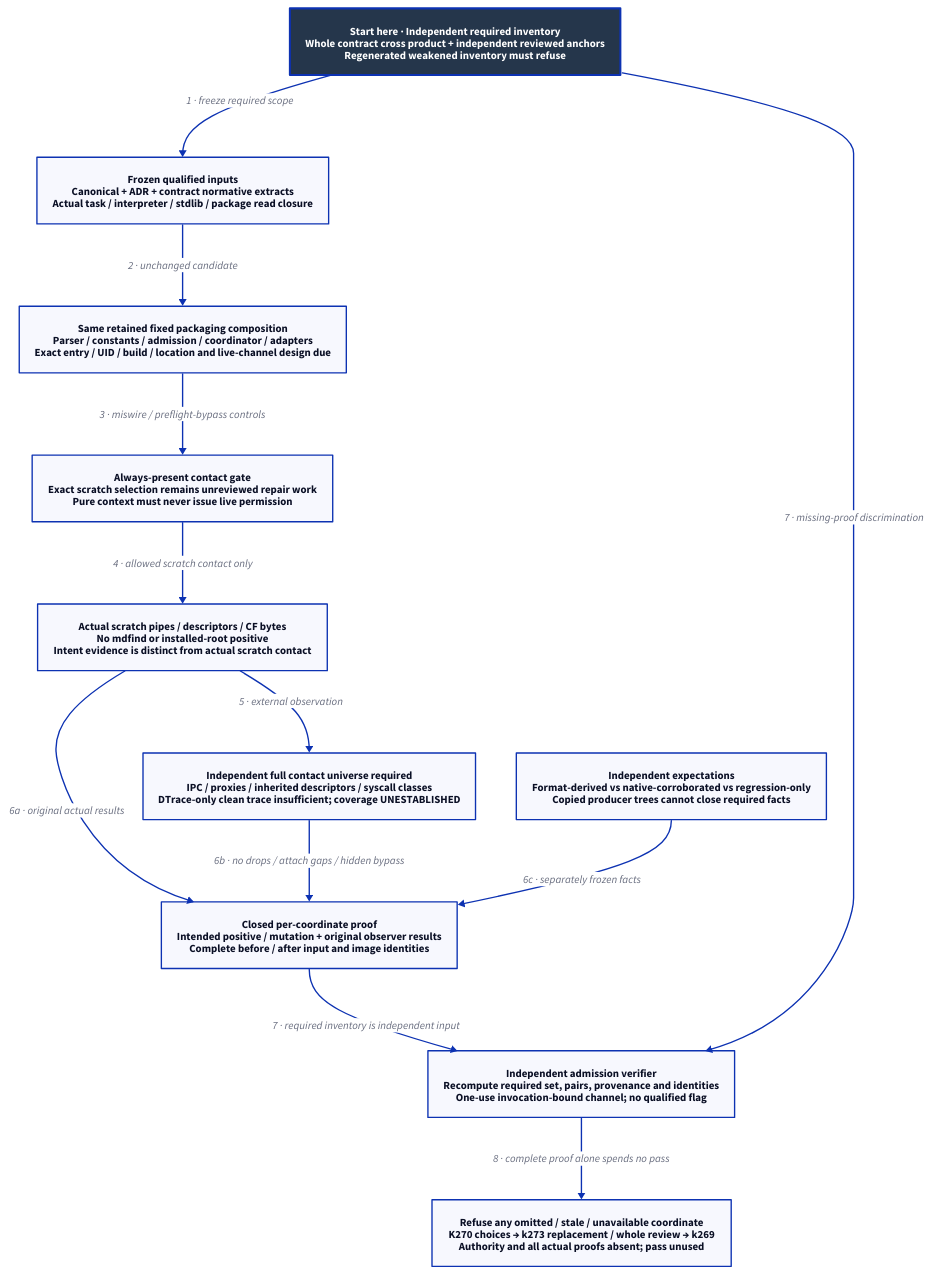
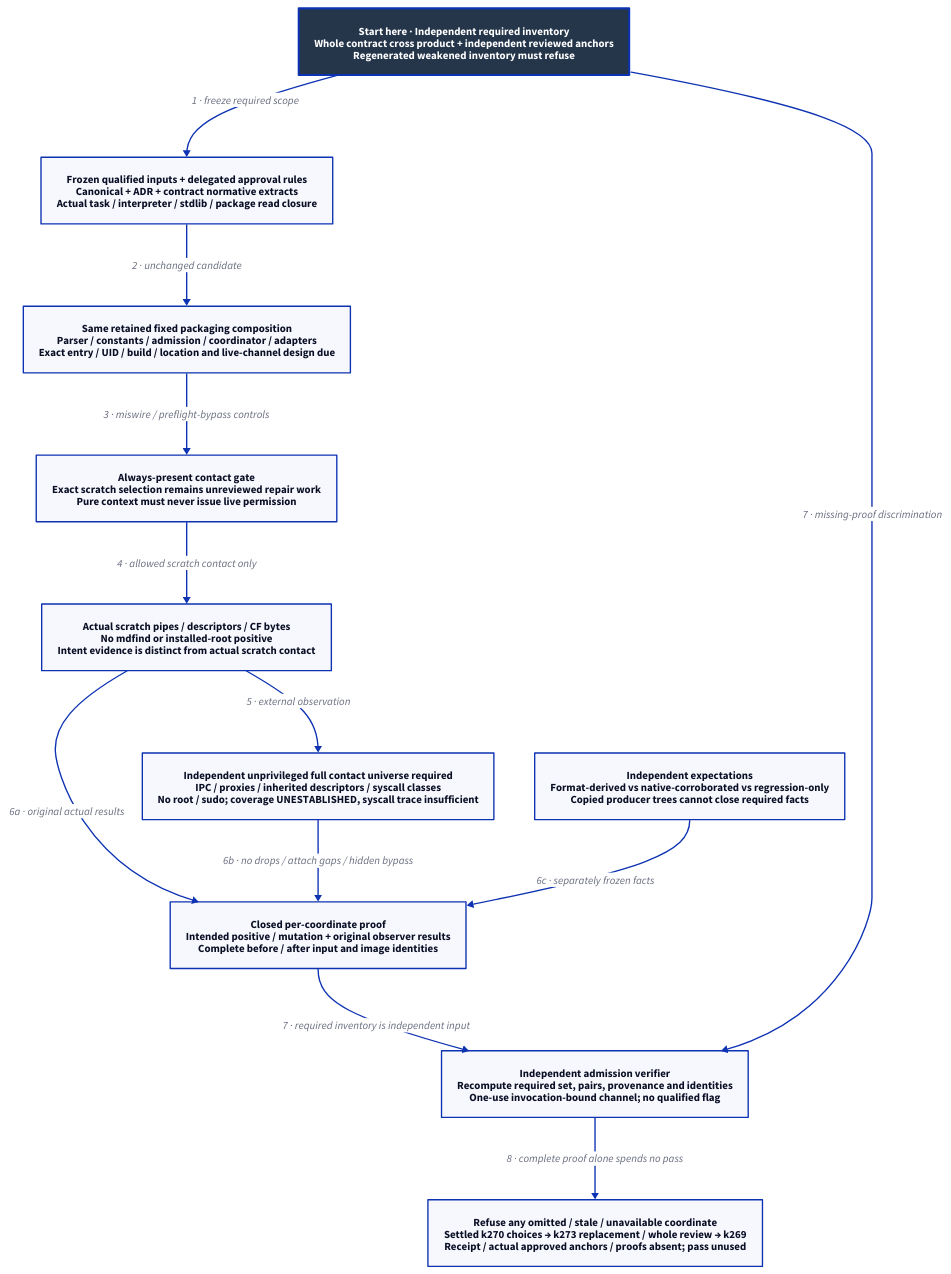
The diagram in docs/design/architecture/native-reference-proof.d2 (Linkuistics/Koine), drawn with D2 before and after one commit. The commit also changed 22 other files, not shown here.

Commit message:
Settle delegated evidence authority (reference-evidence-authority-k270)

```diff
--- a/docs/design/architecture/native-reference-proof.d2
+++ b/docs/design/architecture/native-reference-proof.d2
@@ -1,26 +1,26 @@
 # Component/flow view of unimplemented qualification, no native or target evidence.
 direction: down
 classes: {
   start: {style: {fill: "#25364B"; font-color: "#FFFFFF"; bold: true; stroke-width: 3}}
 }
 Start: "Start here · Independent required inventory\nWhole contract cross product + independent reviewed anchors\nRegenerated weakened inventory must refuse" {class: start}
-Inputs: "Frozen qualified inputs\nCanonical + ADR + contract normative extracts\nActual task / interpreter / stdlib / package read closure"
+Inputs: "Frozen qualified inputs + delegated approval rules\nCanonical + ADR + contract normative extracts\nActual task / interpreter / stdlib / package read closure"
 Rehearse: "Same retained fixed packaging composition\nParser / constants / admission / coordinator / adapters\nExact entry / UID / build / location and live-channel design due"
 Gate: "Always-present contact gate\nExact scratch selection remains unreviewed repair work\nPure context must never issue live permission"
 Scratch: "Actual scratch pipes / descriptors / CF bytes\nNo mdfind or installed-root positive\nIntent evidence is distinct from actual scratch contact"
-Observer: "Independent full contact universe required\nIPC / proxies / inherited descriptors / syscall classes\nDTrace-only clean trace insufficient; coverage UNESTABLISHED"
+Observer: "Independent unprivileged full contact universe required\nIPC / proxies / inherited descriptors / syscall classes\nNo root / sudo; coverage UNESTABLISHED, syscall trace insufficient"
 Oracle: "Independent expectations\nFormat-derived vs native-corroborated vs regression-only\nCopied producer trees cannot close required facts"
 Proof: "Closed per-coordinate proof\nIntended positive / mutation + original observer results\nComplete before / after input and image identities"
 Verifier: "Independent admission verifier\nRecompute required set, pairs, provenance and identities\nOne-use invocation-bound channel; no qualified flag"
-Boundary: "Refuse any omitted / stale / unavailable coordinate\nK270 choices → k273 replacement / whole review → k269\nAuthority and all actual proofs absent; pass unused"
+Boundary: "Refuse any omitted / stale / unavailable coordinate\nSettled k270 choices → k273 replacement / whole review → k269\nReceipt / actual approved anchors / proofs absent; pass unused"
 Start -> Inputs: "1 · freeze required scope"
 Inputs -> Rehearse: "2 · unchanged candidate"
 Rehearse -> Gate: "3 · miswire / preflight-bypass controls"
 Gate -> Scratch: "4 · allowed scratch contact only"
 Scratch -> Observer: "5 · external observation"
 Scratch -> Proof: "6a · original actual results"
 Observer -> Proof: "6b · no drops / attach gaps / hidden bypass"
 Oracle -> Proof: "6c · separately frozen facts"
 Proof -> Verifier: "7 · required inventory is independent input"
 Start -> Verifier: "7 · missing-proof discrimination"
 Verifier -> Boundary: "8 · complete proof alone spends no pass"
```
